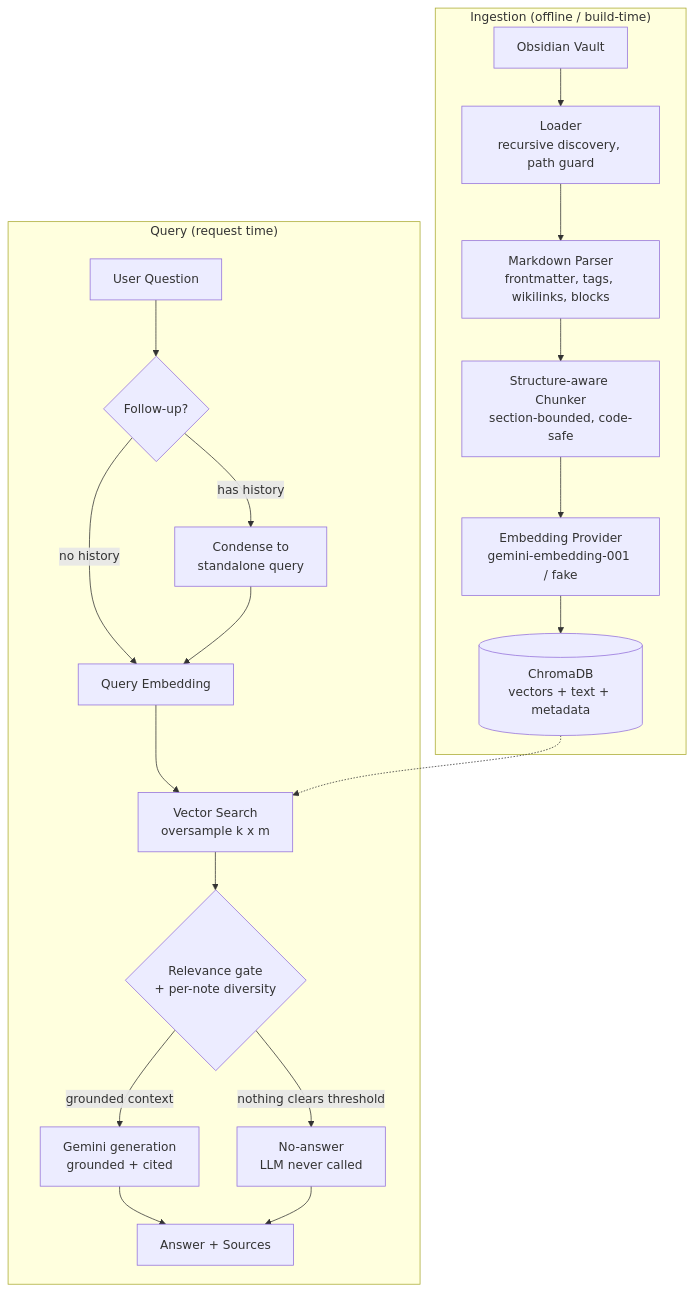
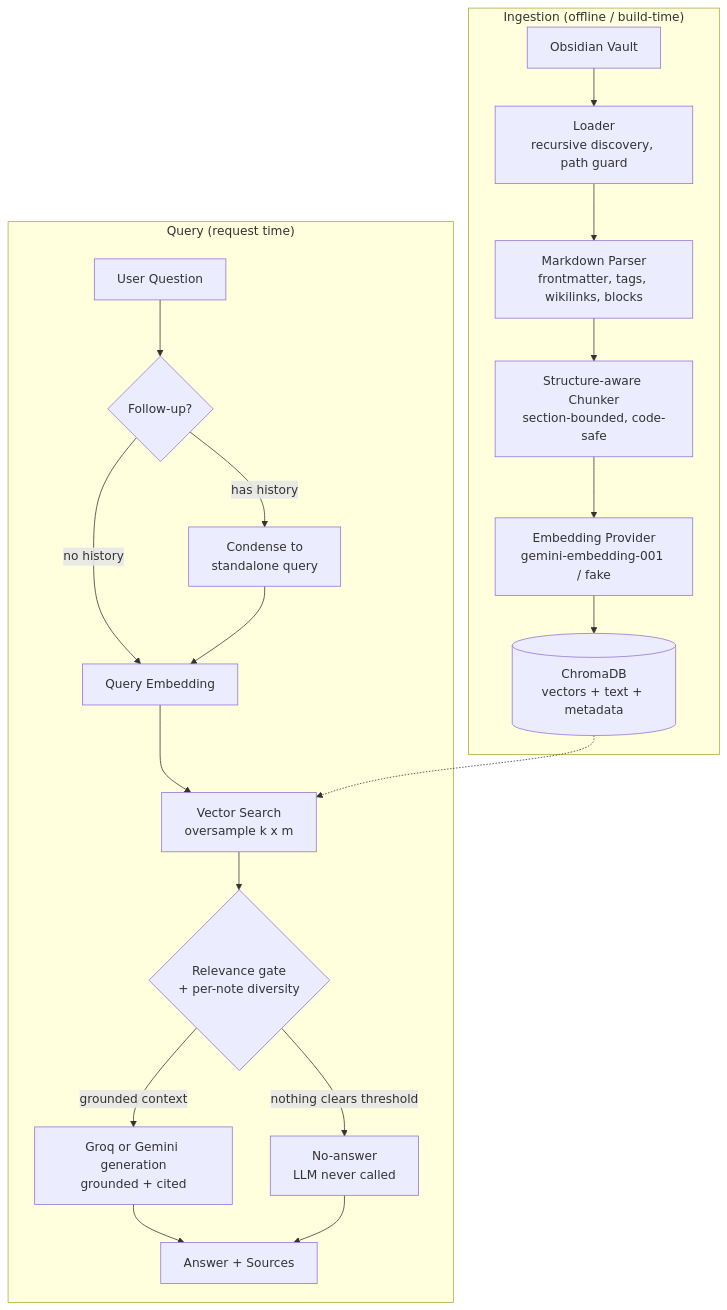
The diagram in docs/architecture.md (AravindBarfa20/obsidian_vault_rag_assistant), drawn with Mermaid before and after one commit. The commit also changed other lines of this file and 10 other files, not shown here.

Commit message:
feat: add Groq generation provider

````diff
--- a/docs/architecture.md
+++ b/docs/architecture.md
@@ -5,25 +5,25 @@
 ```mermaid
 flowchart TD
     subgraph Ingestion["Ingestion (offline / build-time)"]
         V[Obsidian Vault] --> L[Loader<br/>recursive discovery, path guard]
         L --> P[Markdown Parser<br/>frontmatter, tags, wikilinks, blocks]
         P --> C[Structure-aware Chunker<br/>section-bounded, code-safe]
         C --> E1[Embedding Provider<br/>gemini-embedding-001 / fake]
         E1 --> DB[(ChromaDB<br/>vectors + text + metadata)]
     end
 
     subgraph Query["Query (request time)"]
         Q[User Question] --> CD{Follow-up?}
         CD -->|has history| Cond[Condense to<br/>standalone query]
         CD -->|no history| QE
         Cond --> QE[Query Embedding]
         QE --> VS[Vector Search<br/>oversample k x m]
         VS --> G{Relevance gate<br/>+ per-note diversity}
         G -->|nothing clears threshold| NA[No-answer<br/>LLM never called]
-        G -->|grounded context| GEN[Gemini generation<br/>grounded + cited]
+        G -->|grounded context| GEN[Groq or Gemini generation<br/>grounded + cited]
         GEN --> ANS[Answer + Sources]
         NA --> ANS
     end
 
     DB -.-> VS
 ```
````
